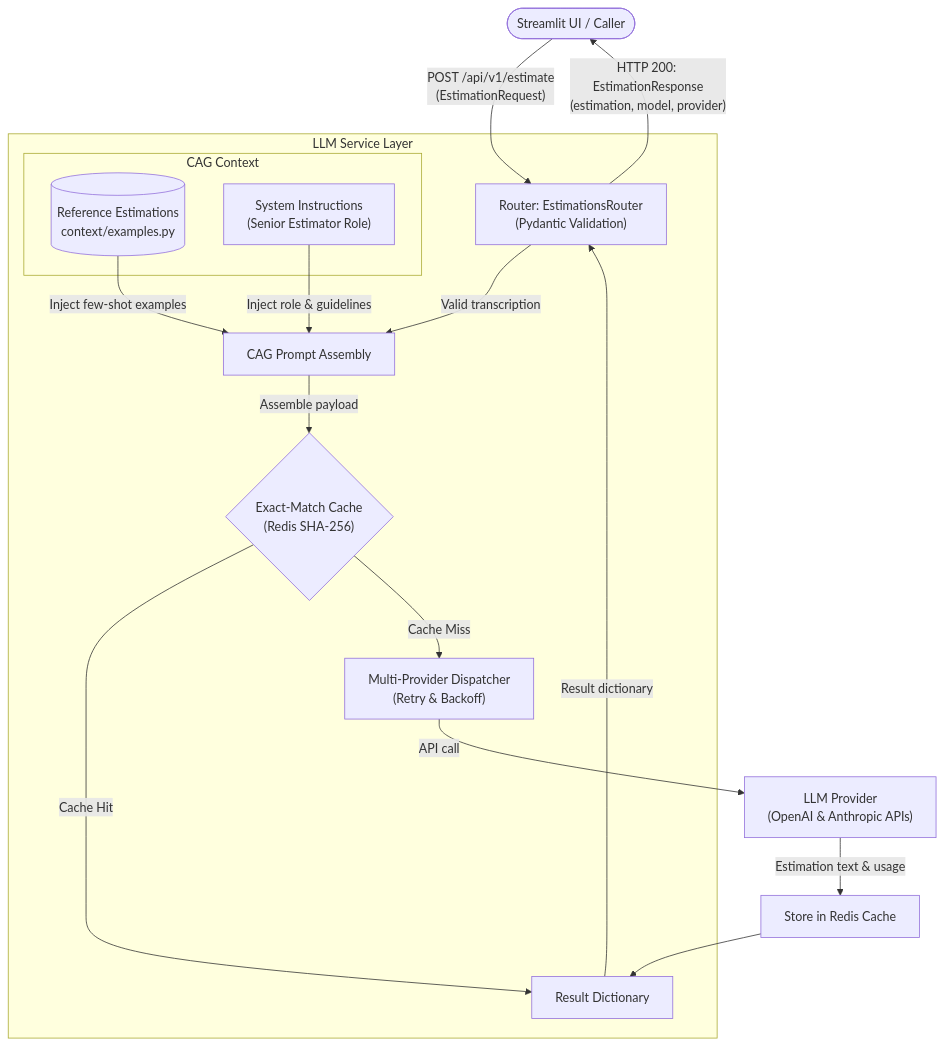
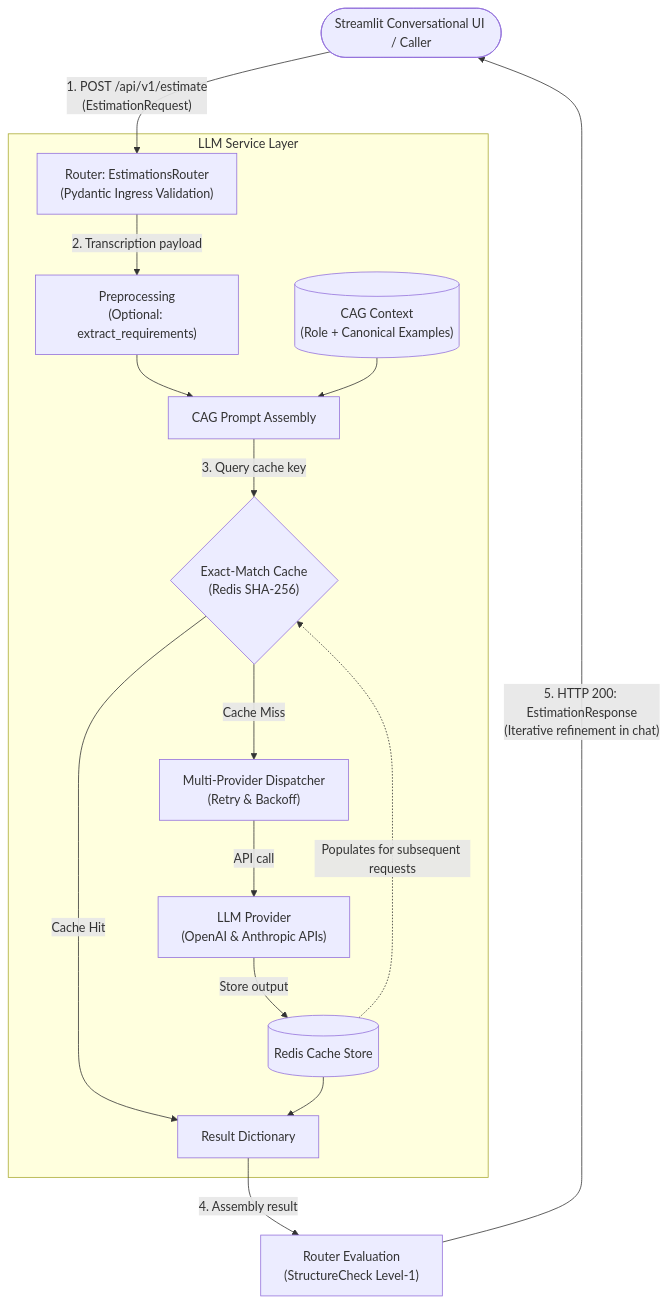
One commit to NestorDR/aie-estimator changed the diagram in README.md. Above: the diagram before and after it, drawn with Mermaid.

Commit message:
Update README: refine service layer diagram and clarify LLM workflow

````diff
--- a/README.md
+++ b/README.md
@@ -28,28 +28,26 @@
 ```mermaid
 flowchart TD
-    Client(["Streamlit UI / Caller"]) -->|"POST /api/v1/estimate\n(EstimationRequest)"| Router["Router: EstimationsRouter\n(Pydantic Validation)"]
+    Client(["Streamlit Conversational UI / Caller"])
+
+    Client -->|"1. POST /api/v1/estimate\n(EstimationRequest)"| Router["Router: EstimationsRouter\n(Pydantic Ingress Validation)"]
 
     subgraph ServiceLayer ["LLM Service Layer"]
-        Router -->|"Valid transcription"| PromptBuilder["CAG Prompt Assembly"]
+        Router -->|"2. Transcription payload"| Preprocessing["Preprocessing\n(Optional: extract_requirements)"]
+        Preprocessing --> PromptBuilder["CAG Prompt Assembly"]
 
-        subgraph ContextStore ["CAG Context"]
-            Examples[("Reference Estimations\ncontext/examples.py")]
-            Role["System Instructions\n(Senior Estimator Role)"]
-        end
+        Context[("CAG Context\n(Role + Canonical Examples)")] --> PromptBuilder
 
-        Examples -->|"Inject few-shot examples"| PromptBuilder
-        Role -->|"Inject role & guidelines"| PromptBuilder
-
-        PromptBuilder -->|"Assemble payload"| CacheCheck{"Exact-Match Cache\n(Redis SHA-256)"}
+        PromptBuilder -->|"3. Query cache key"| CacheCheck{"Exact-Match Cache\n(Redis SHA-256)"}
 
         CacheCheck -->|"Cache Hit"| ServiceOutput["Result Dictionary"]
         CacheCheck -->|"Cache Miss"| Dispatcher["Multi-Provider Dispatcher\n(Retry & Backoff)"]
+
+        Dispatcher -->|"API call"| LLMProvider["LLM Provider\n(OpenAI & Anthropic APIs)"]
+        LLMProvider -->|"Store output"| CacheStore[("Redis Cache Store")]
+        CacheStore -.->|"Populates for subsequent requests"| CacheCheck
+        CacheStore --> ServiceOutput
     end
 
-    Dispatcher -->|"API call"| LLMProvider["LLM Provider\n(OpenAI & Anthropic APIs)"]
-    LLMProvider -->|"Estimation text & usage"| CacheStore["Store in Redis Cache"]
-    CacheStore --> ServiceOutput
-
-    ServiceOutput -->|"Result dictionary"| Router
-    Router -->|"HTTP 200: EstimationResponse\n(estimation, model, provider)"| Client
+    ServiceOutput -->|"4. Assembly result"| Evaluator["Router Evaluation\n(StructureCheck Level-1)"]
+    Evaluator -->|"5. HTTP 200: EstimationResponse\n(Iterative refinement in chat)"| Client
 ```
````
